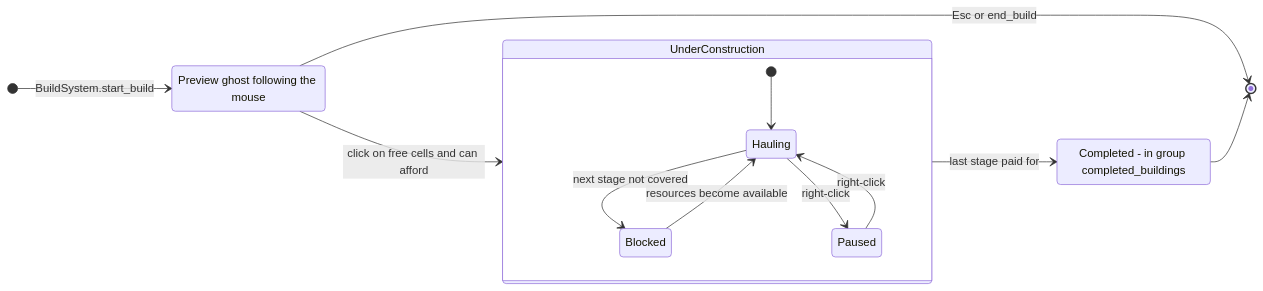
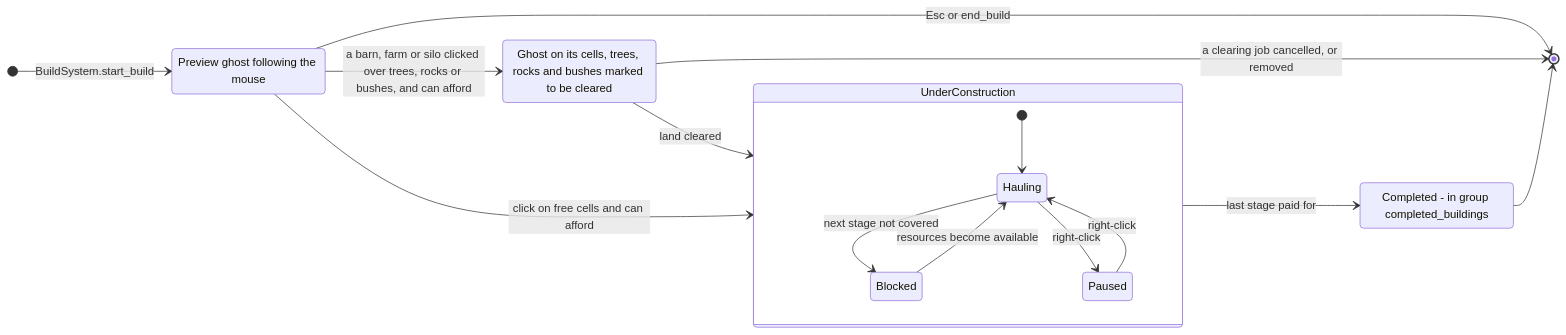
One commit to Liam-M-Mays/game-jam-2026 changed the seventh of 11 diagrams in docs/architecture.md. Above: the diagram before and after it, drawn with Mermaid. The commit also changed other lines of this file and 11 other files, not shown here.

````diff
--- a/docs/architecture.md
+++ b/docs/architecture.md
@@ -279,21 +279,25 @@
 ```mermaid
 stateDiagram-v2
     direction LR
     Preview: Preview ghost following the mouse
+    WaitingForLand: Ghost on its cells, trees, rocks and bushes marked to be cleared
     Completed: Completed - in group completed_buildings
 
     [*] --> Preview: BuildSystem.start_build
     Preview --> [*]: Esc or end_build
     Preview --> UnderConstruction: click on free cells and can afford
+    Preview --> WaitingForLand: a barn, farm or silo clicked over trees, rocks or bushes, and can afford
+    WaitingForLand --> UnderConstruction: land cleared
+    WaitingForLand --> [*]: a clearing job cancelled, or removed
 
     state UnderConstruction {
         [*] --> Hauling
         Hauling --> Blocked: next stage not covered
         Blocked --> Hauling: resources become available
         Hauling --> Paused: right-click
         Paused --> Hauling: right-click
     }
 
     UnderConstruction --> Completed: last stage paid for
     Completed --> [*]
 ```
````
